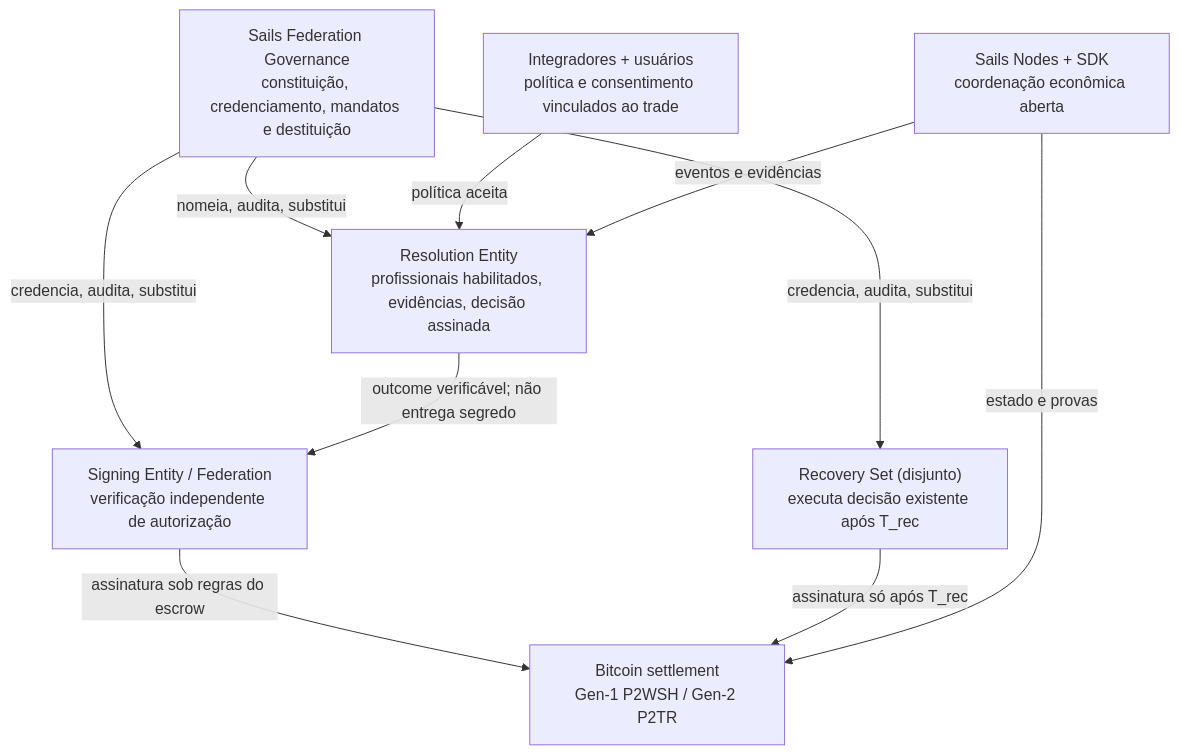
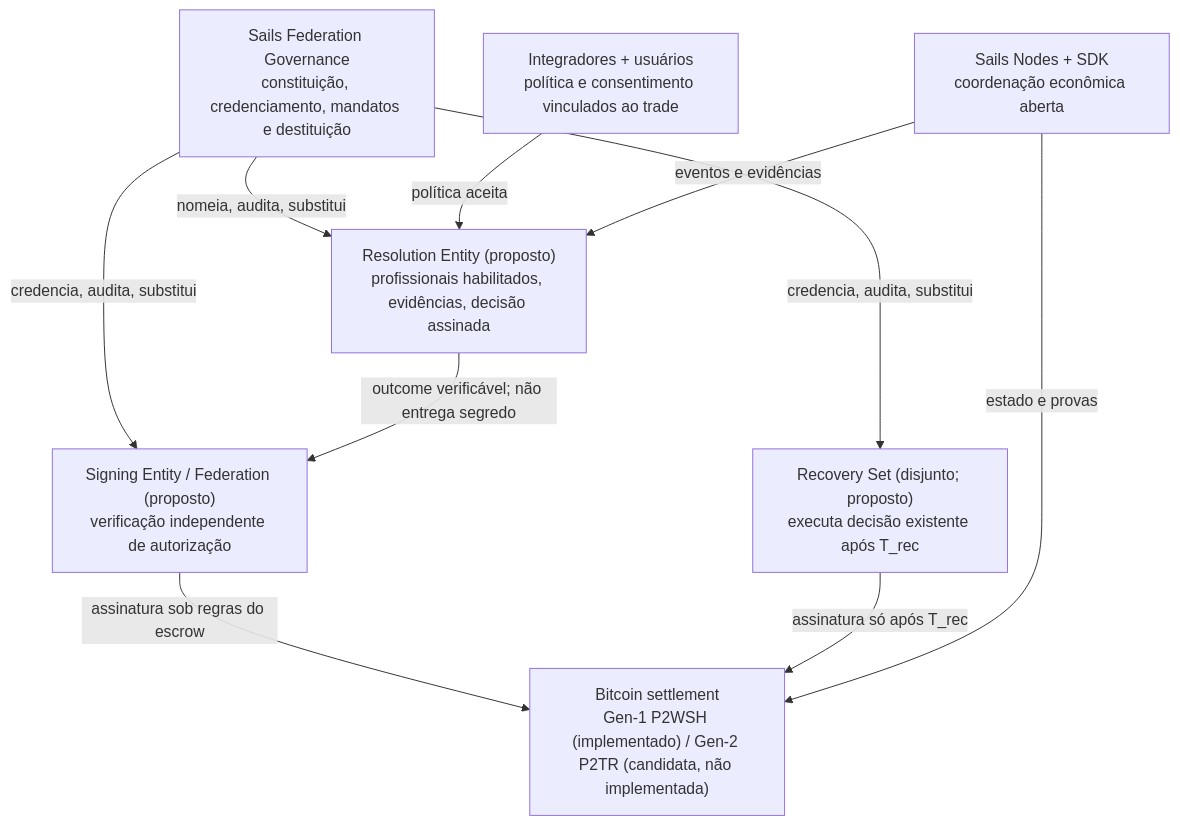
The first of 3 diagrams in docs/architecture/SAILS_SIGNING_FEDERATION/README.md (sails-protocol/Sails-Protocol), drawn with Mermaid before and after one commit. The commit also changed other lines of this file and 7 other files, not shown here.

Commit message:
docs: reconciliar a documentação da Signing Federation (CTO 37)

````diff
--- a/docs/architecture/SAILS_SIGNING_FEDERATION/README.md
+++ b/docs/architecture/SAILS_SIGNING_FEDERATION/README.md
@@ -17,19 +17,19 @@
 ```mermaid
 flowchart TD
   G["Sails Federation Governance<br/>constituição, credenciamento, mandatos e destituição"]
   I["Integradores + usuários<br/>política e consentimento vinculados ao trade"]
-  R["Resolution Entity<br/>profissionais habilitados, evidências, decisão assinada"]
-  V["Signing Entity / Federation<br/>verificação independente de autorização"]
-  RS["Recovery Set (disjunto)<br/>executa decisão existente após T_rec"]
-  S["Bitcoin settlement<br/>Gen-1 P2WSH / Gen-2 P2TR"]
+  R["Resolution Entity (proposto)<br/>profissionais habilitados, evidências, decisão assinada"]
+  V["Signing Entity / Federation (proposto)<br/>verificação independente de autorização"]
+  RS["Recovery Set (disjunto; proposto)<br/>executa decisão existente após T_rec"]
+  S["Bitcoin settlement<br/>Gen-1 P2WSH (implementado) / Gen-2 P2TR (candidata, não implementada)"]
   P["Sails Nodes + SDK<br/>coordenação econômica aberta"]
   G -->|"nomeia, audita, substitui"| R
   G -->|"credencia, audita, substitui"| V
   G -->|"credencia, audita, substitui"| RS
   I -->|"política aceita"| R
   P -->|"eventos e evidências"| R
   R -->|"outcome verificável; não entrega segredo"| V
   V -->|"assinatura sob regras do escrow"| S
   RS -->|"assinatura só após T_rec"| S
   P -->|"estado e provas"| S
 ```
````
